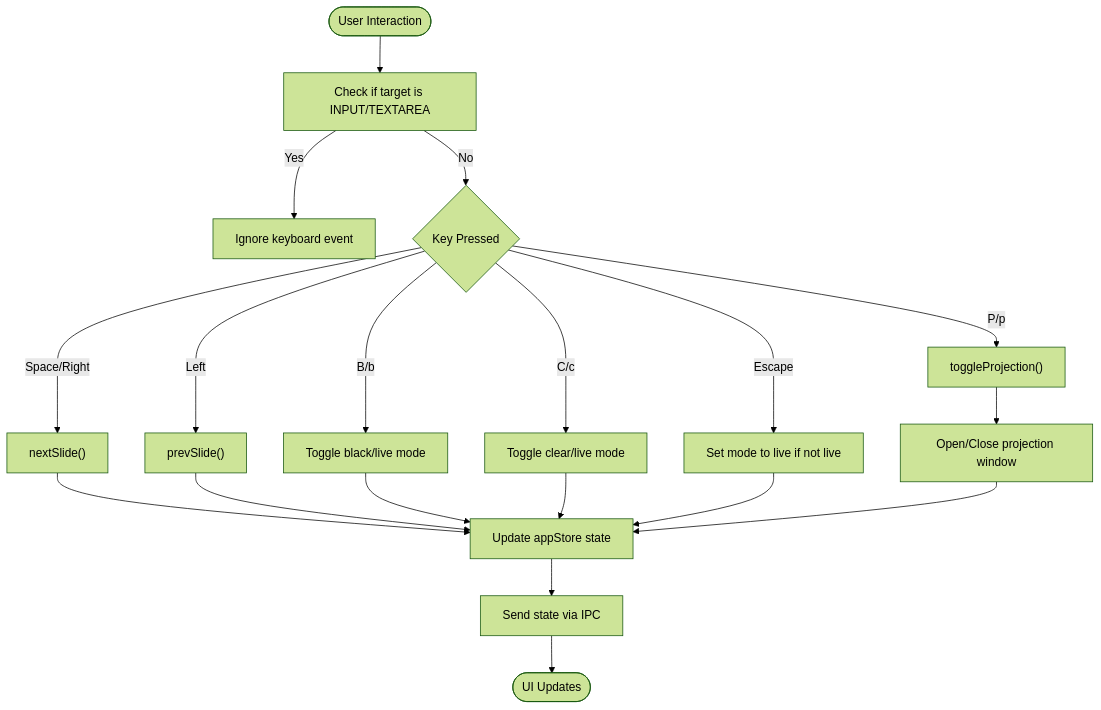
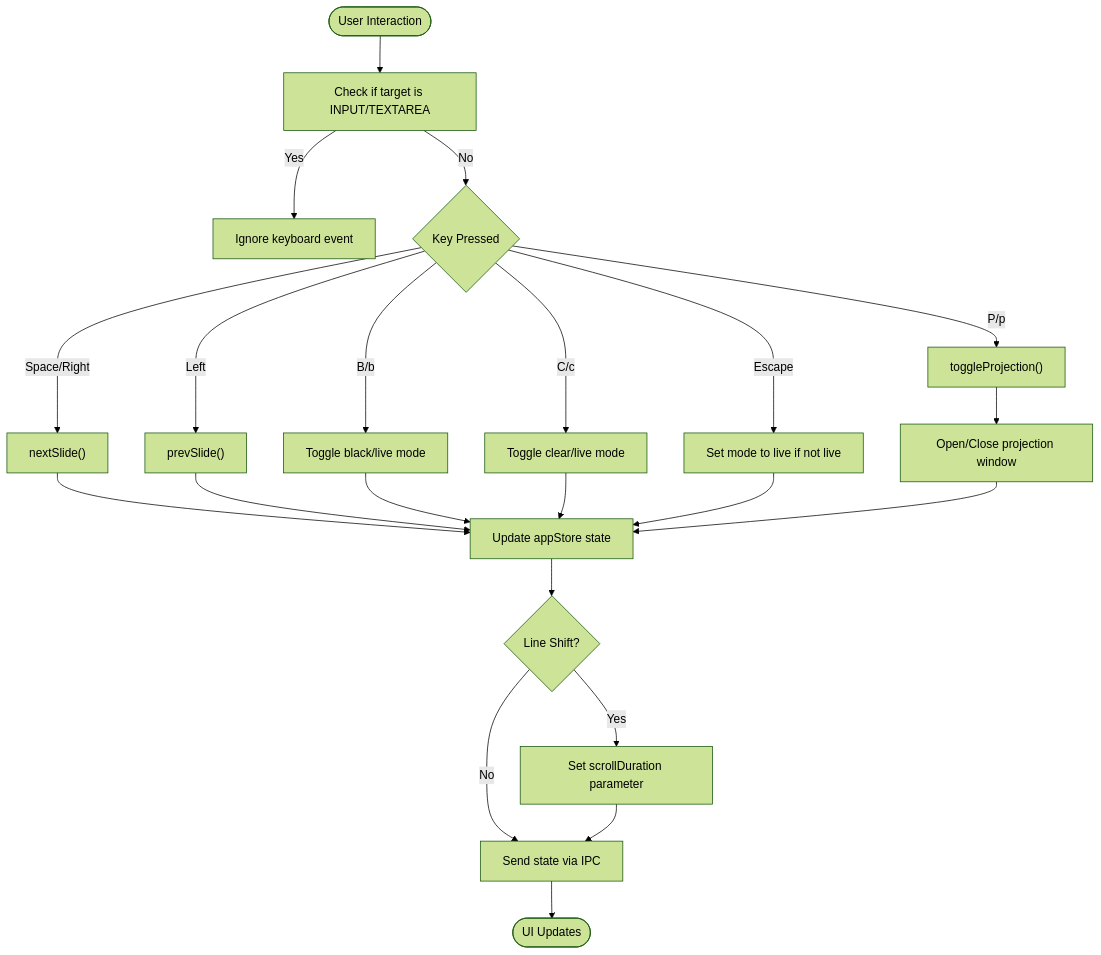
One commit to jimmywyk/lyricdeck changed the third of 4 diagrams in .qoder/repowiki/en/content/Architecture Overview/Component Architecture/Presentation Panel.md. Above: the diagram before and after it, drawn with Mermaid (forest theme). The commit also changed other lines of this file and 8 other files, not shown here.

````diff
--- a/.qoder/repowiki/en/content/Architecture Overview/Component Architecture/Presentation Panel.md
+++ b/.qoder/repowiki/en/content/Architecture Overview/Component Architecture/Presentation Panel.md
@@ -158,21 +171,24 @@
 ```mermaid
 flowchart TD
 Start(["User Interaction"]) --> CheckInput["Check if target is INPUT/TEXTAREA"]
 CheckInput --> |Yes| Ignore["Ignore keyboard event"]
 CheckInput --> |No| SwitchKey{"Key Pressed"}
 SwitchKey --> |Space/Right| NextSlide["nextSlide()"]
 SwitchKey --> |Left| PrevSlide["prevSlide()"]
 SwitchKey --> |B/b| ToggleBlack["Toggle black/live mode"]
 SwitchKey --> |C/c| ToggleClear["Toggle clear/live mode"]
 SwitchKey --> |P/p| ToggleProjection["toggleProjection()"]
 SwitchKey --> |Escape| ResetMode["Set mode to live if not live"]
 NextSlide --> UpdateStore["Update appStore state"]
 PrevSlide --> UpdateStore
 ToggleBlack --> UpdateStore
 ToggleClear --> UpdateStore
 ToggleProjection --> OpenCloseProj["Open/Close projection window"]
 ResetMode --> UpdateStore
-UpdateStore --> IPC["Send state via IPC"]
+UpdateStore --> ScrollSpeedCheck{"Line Shift?"}
+ScrollSpeedCheck --> |Yes| SetDuration["Set scrollDuration parameter"]
+ScrollSpeedCheck --> |No| IPC["Send state via IPC"]
+SetDuration --> IPC
 OpenCloseProj --> UpdateStore
 IPC --> End(["UI Updates"])
 ```
````
